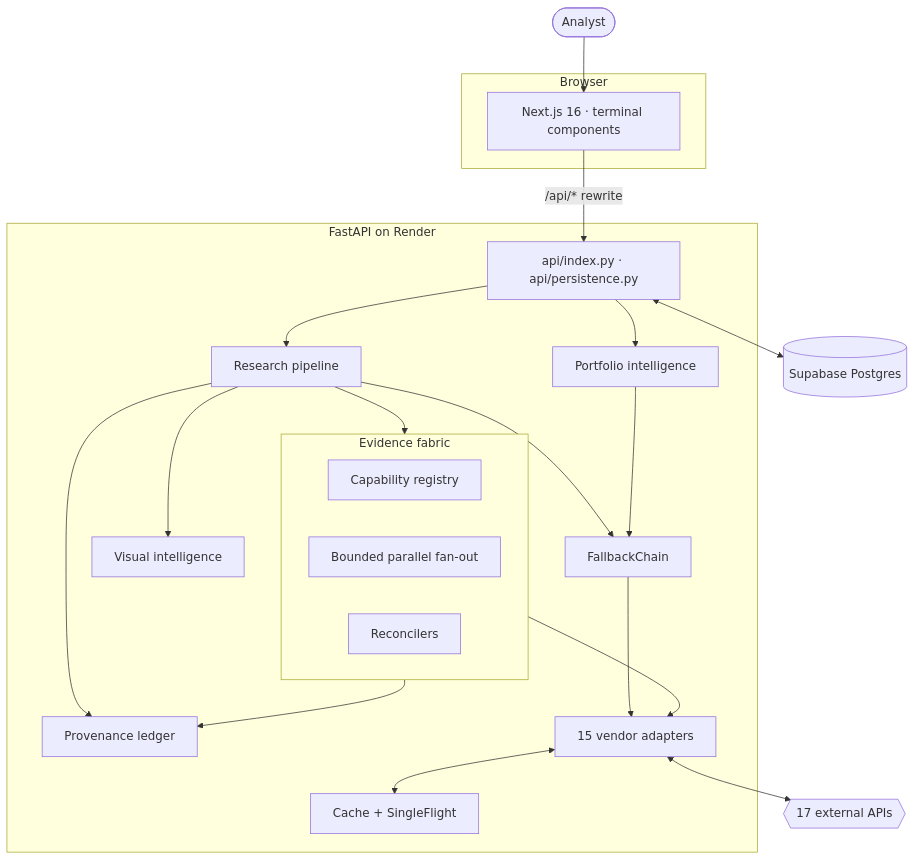
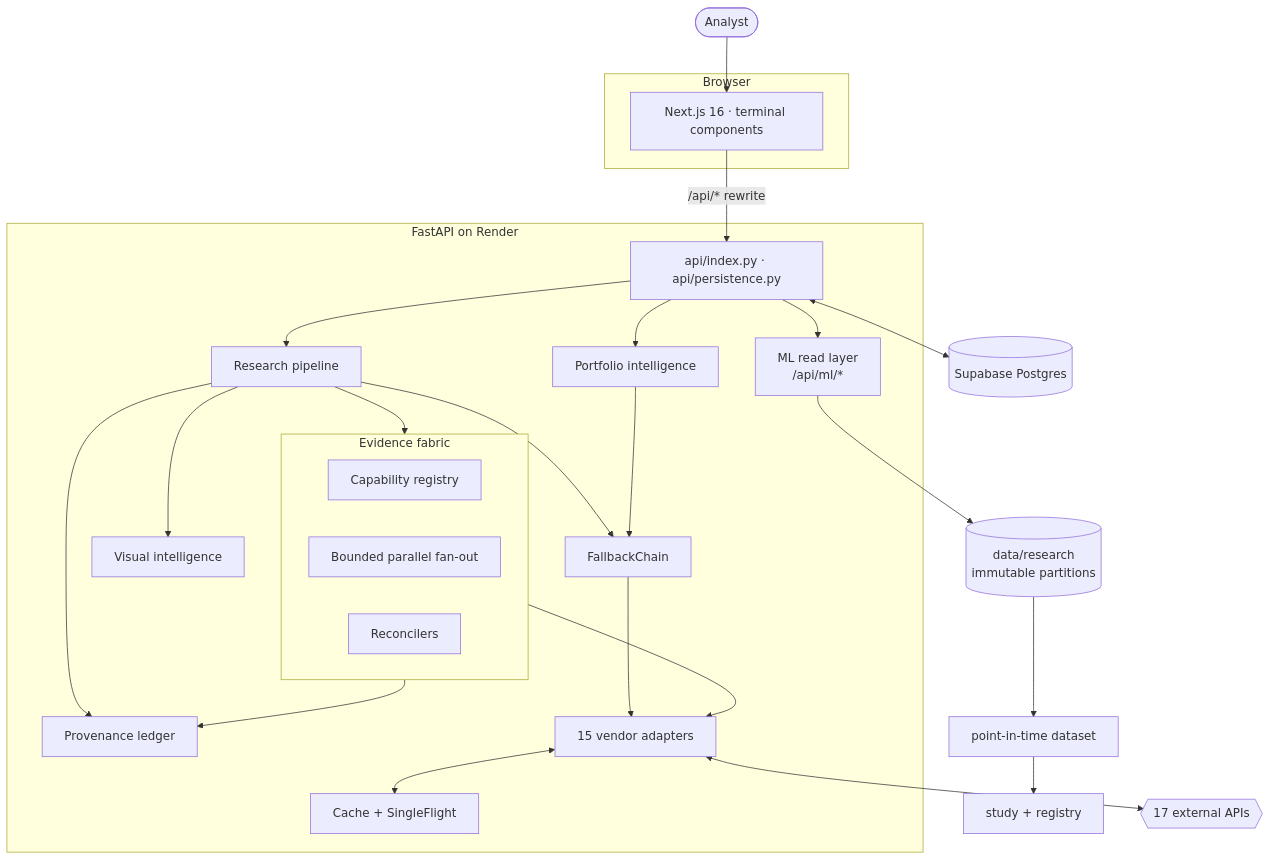
The first of 8 diagrams in README.md (iAakash1/miniAladdin), drawn with Mermaid before and after one commit. The commit also changed other lines of this file and 87 other files, not shown here.

First line of the commit message:
feat: point-in-time ML research layer, and the negative result it produced

````diff
--- a/README.md
+++ b/README.md
@@ -129,40 +129,46 @@
 ```mermaid
 flowchart TB
     U([Analyst])
 
     subgraph BROWSER["Browser"]
         NEXT["Next.js 16 · terminal components"]
     end
 
     subgraph BACKEND["FastAPI on Render"]
         API["api/index.py · api/persistence.py"]
         RESEARCH["Research pipeline"]
         PORT["Portfolio intelligence"]
         VIS["Visual intelligence"]
         PROV["Provenance ledger"]
+        ML["ML read layer<br/>/api/ml/*"]
 
         subgraph FABRIC["Evidence fabric"]
             CAPS["Capability registry"]
             FAN["Bounded parallel fan-out"]
             RECON["Reconcilers"]
         end
 
         CHAIN["FallbackChain"]
         ADAPT["15 vendor adapters"]
         CACHE["Cache + SingleFlight"]
     end
 
+    RAW[("data/research<br/>immutable partitions")]
+    PIT["point-in-time dataset"]
+    STUDY["study + registry"]
     SUPA[("Supabase Postgres")]
     EXT{{"17 external APIs"}}
 
     U --> NEXT -->|"/api/* rewrite"| API
-    API --> RESEARCH & PORT
+    API --> RESEARCH & PORT & ML
     RESEARCH --> FABRIC & CHAIN & VIS & PROV
     PORT --> CHAIN
     FABRIC --> ADAPT
     CHAIN --> ADAPT
     ADAPT <--> CACHE
     ADAPT <--> EXT
     FABRIC --> PROV
     API <--> SUPA
+    ML --> RAW
+    RAW --> PIT --> STUDY
 ```
````
